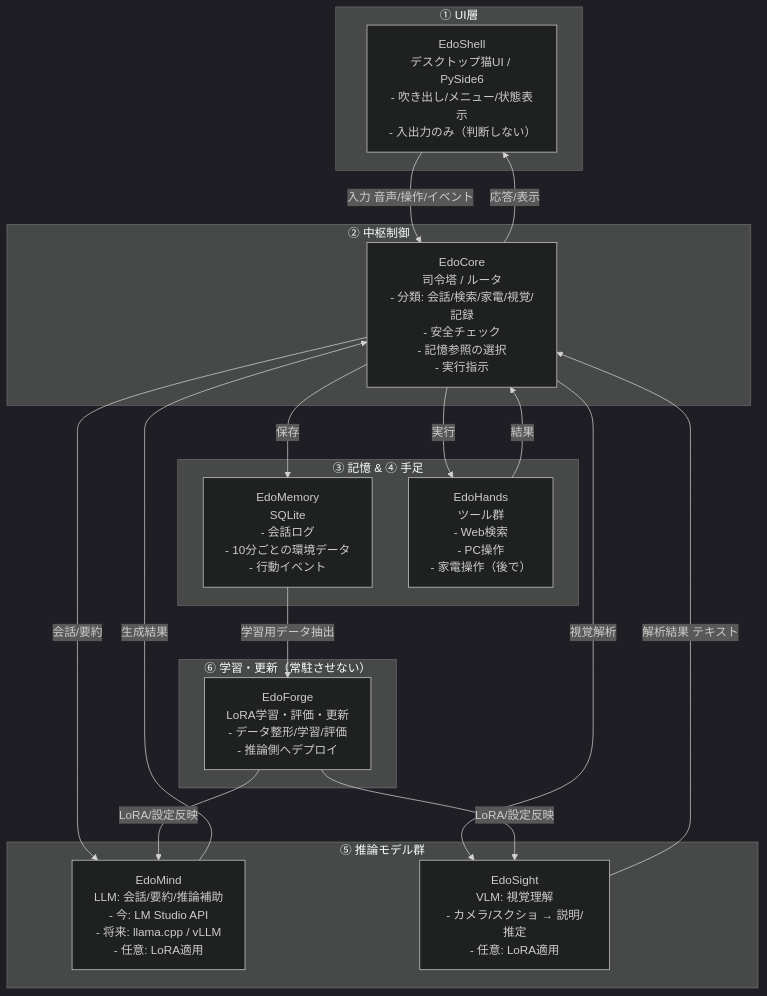
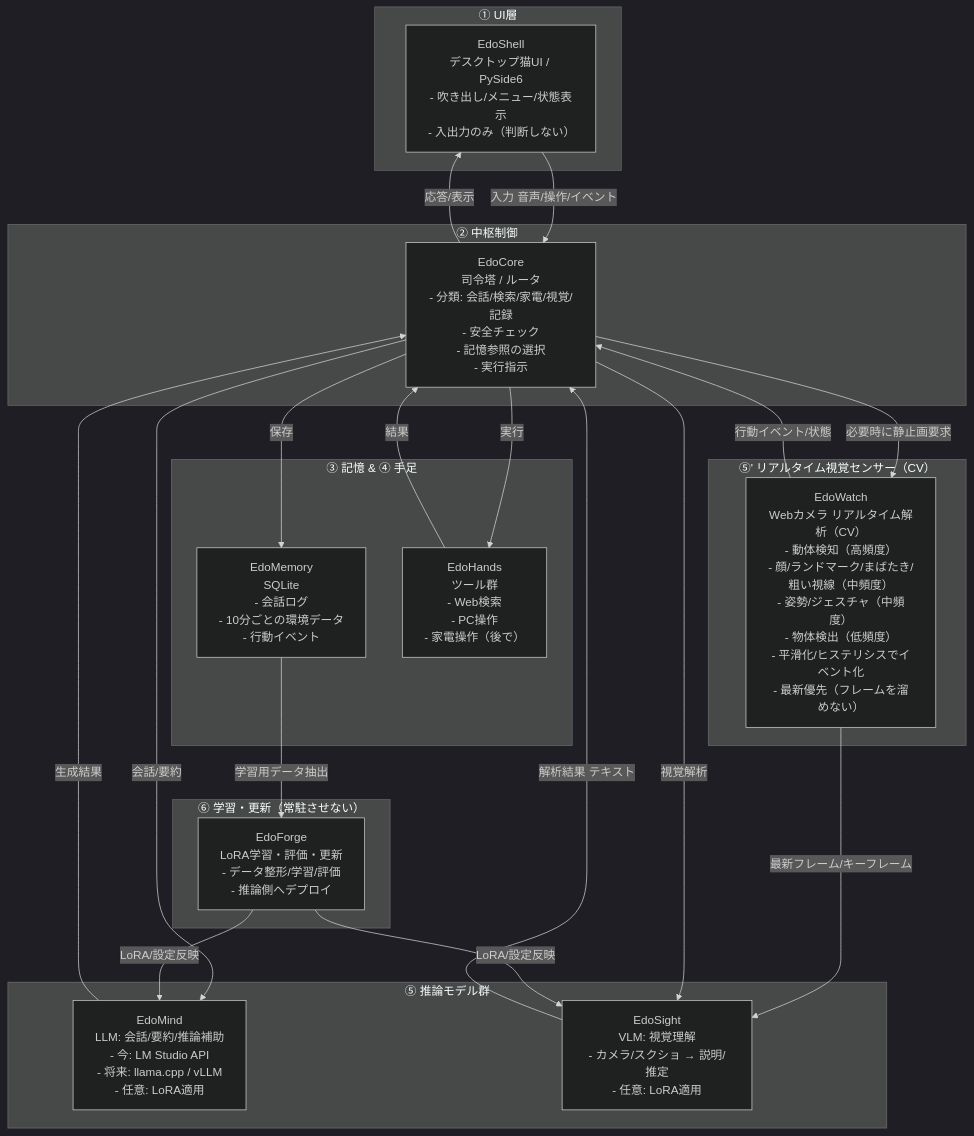
The diagram in Readme.md (YujiroKusano/DesktopMascot), drawn with Mermaid (dark theme) before and after one commit.

Commit message:
Add real-time visual sensor details to Readme

````diff
--- a/Readme.md
+++ b/Readme.md
@@ -118,38 +118,46 @@
 ```mermaid
 flowchart TB
   subgraph UI["① UI層"]
     EdoShell["EdoShell<br/>デスクトップ猫UI / PySide6<br/>- 吹き出し/メニュー/状態表示<br/>- 入出力のみ（判断しない）"]
   end
 
   subgraph CORE["② 中枢制御"]
     EdoCore["EdoCore<br/>司令塔 / ルータ<br/>- 分類: 会話/検索/家電/視覚/記録<br/>- 安全チェック<br/>- 記憶参照の選択<br/>- 実行指示"]
+  end
+
+  subgraph SENSE["⑤' リアルタイム視覚センサー（CV）"]
+    EdoWatch["EdoWatch<br/>Webカメラ リアルタイム解析（CV）<br/>- 動体検知（高頻度）<br/>- 顔/ランドマーク/まばたき/粗い視線（中頻度）<br/>- 姿勢/ジェスチャ（中頻度）<br/>- 物体検出（低頻度）<br/>- 平滑化/ヒステリシスでイベント化<br/>- 最新優先（フレームを溜めない）"]
   end
 
   subgraph DATA_TOOLS["③ 記憶 & ④ 手足"]
     EdoMemory["EdoMemory<br/>SQLite<br/>- 会話ログ<br/>- 10分ごとの環境データ<br/>- 行動イベント"]
     EdoHands["EdoHands<br/>ツール群<br/>- Web検索<br/>- PC操作<br/>- 家電操作（後で）"]
   end
 
   subgraph MODELS["⑤ 推論モデル群"]
     EdoMind["EdoMind<br/>LLM: 会話/要約/推論補助<br/>- 今: LM Studio API<br/>- 将来: llama.cpp / vLLM<br/>- 任意: LoRA適用"]
     EdoSight["EdoSight<br/>VLM: 視覚理解<br/>- カメラ/スクショ → 説明/推定<br/>- 任意: LoRA適用"]
   end
 
   subgraph TRAIN["⑥ 学習・更新（常駐させない）"]
     EdoForge["EdoForge<br/>LoRA学習・評価・更新<br/>- データ整形/学習/評価<br/>- 推論側へデプロイ"]
   end
 
   EdoShell -->|入力 音声/操作/イベント| EdoCore
+  EdoWatch -->|行動イベント/状態| EdoCore
+  EdoCore -->|必要時に静止画要求| EdoWatch
+  EdoWatch -->|最新フレーム/キーフレーム| EdoSight
+
   EdoCore -->|保存| EdoMemory
   EdoCore -->|実行| EdoHands
   EdoCore -->|会話/要約| EdoMind
   EdoCore -->|視覚解析| EdoSight
   EdoHands -->|結果| EdoCore
   EdoMind -->|生成結果| EdoCore
   EdoSight -->|解析結果 テキスト| EdoCore
   EdoCore -->|応答/表示| EdoShell
 
   EdoMemory -->|学習用データ抽出| EdoForge
   EdoForge -->|LoRA/設定反映| EdoMind
   EdoForge -->|LoRA/設定反映| EdoSight
 ```
````
